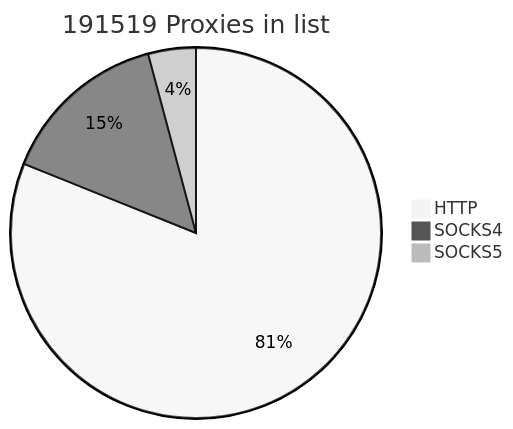
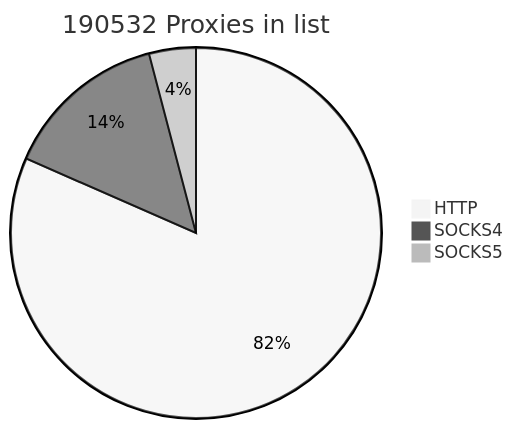
One commit to cutipu/proxylist changed the first of 2 diagrams in README.md. Above: the diagram before and after it, drawn with Mermaid (neutral theme). The commit also changed other lines of this file, not shown here.

````diff
--- a/README.md
+++ b/README.md
@@ -2,7 +2,7 @@
 ```mermaid
-pie title 191519 Proxies in list
-    "HTTP" : 155291
-    "SOCKS4" : 28262
-    "SOCKS5" : 7966
+pie title 190532 Proxies in list
+    "HTTP" : 155436
+    "SOCKS4" : 27317
+    "SOCKS5" : 7779
             
 ```
````
